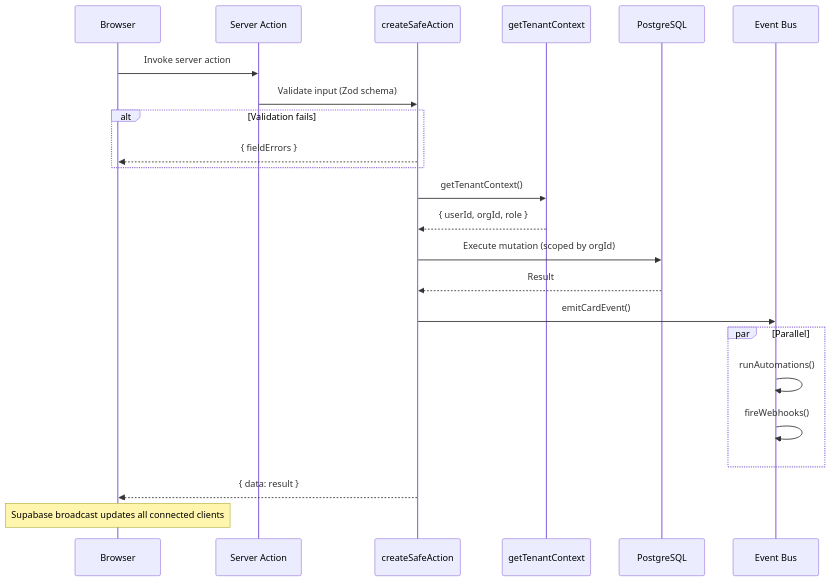
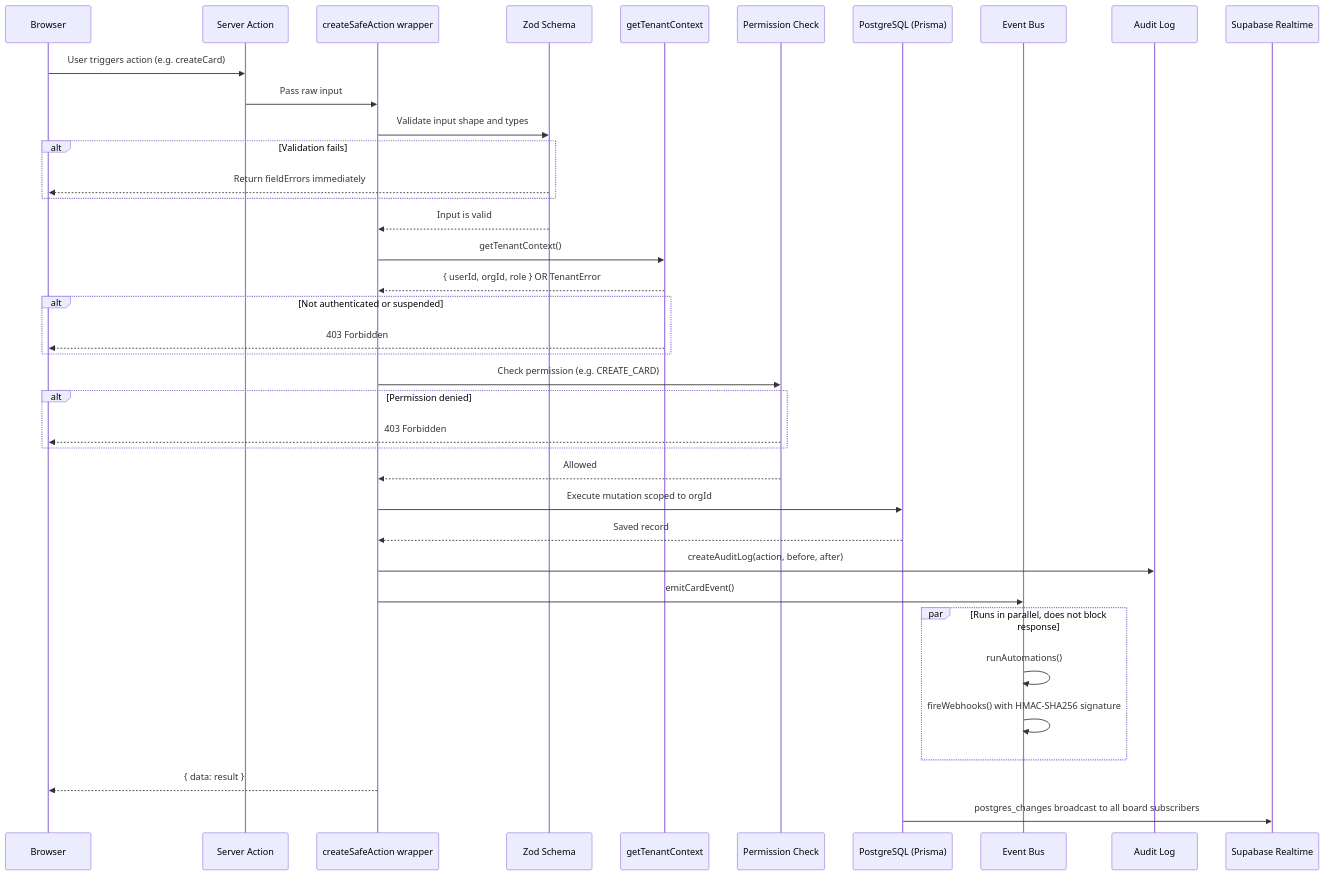
The fifth of 7 diagrams in README.md (viraj1011JAIN/Nexus), drawn with Mermaid before and after one commit. The commit also changed other lines of this file, not shown here.

Commit message:
docs: fully expand Database Schema, Architecture, ER Diagram, Workflow Diagrams, and Use Case Diagram with detailed bullet points

````diff
--- a/README.md
+++ b/README.md
@@ -1968,26 +2367,41 @@
 ```mermaid
 sequenceDiagram
     participant Client as Browser
     participant SA as Server Action
-    participant CSA as createSafeAction
+    participant CSA as createSafeAction wrapper
+    participant ZOD as Zod Schema
     participant TC as getTenantContext
-    participant DB as PostgreSQL
+    participant RBAC as Permission Check
+    participant DB as PostgreSQL (Prisma)
     participant EB as Event Bus
+    participant AL as Audit Log
+    participant RT as Supabase Realtime
 
-    Client->>SA: Invoke server action
-    SA->>CSA: Validate input (Zod schema)
+    Client->>SA: User triggers action (e.g. createCard)
+    SA->>CSA: Pass raw input
+    CSA->>ZOD: Validate input shape and types
     alt Validation fails
-        CSA-->>Client: { fieldErrors }
+        ZOD-->>Client: Return fieldErrors immediately
     end
+    ZOD-->>CSA: Input is valid
     CSA->>TC: getTenantContext()
-    TC-->>CSA: { userId, orgId, role }
-    CSA->>DB: Execute mutation (scoped by orgId)
-    DB-->>CSA: Result
+    TC-->>CSA: { userId, orgId, role } OR TenantError
+    alt Not authenticated or suspended
+        TC-->>Client: 403 Forbidden
+    end
+    CSA->>RBAC: Check permission (e.g. CREATE_CARD)
+    alt Permission denied
+        RBAC-->>Client: 403 Forbidden
+    end
+    RBAC-->>CSA: Allowed
+    CSA->>DB: Execute mutation scoped to orgId
+    DB-->>CSA: Saved record
+    CSA->>AL: createAuditLog(action, before, after)
     CSA->>EB: emitCardEvent()
-    par Parallel
+    par Runs in parallel, does not block response
         EB->>EB: runAutomations()
-        EB->>EB: fireWebhooks()
+        EB->>EB: fireWebhooks() with HMAC-SHA256 signature
     end
     CSA-->>Client: { data: result }
-    Note over Client: Supabase broadcast updates all connected clients
+    DB->>RT: postgres_changes broadcast to all board subscribers
 ```
````
